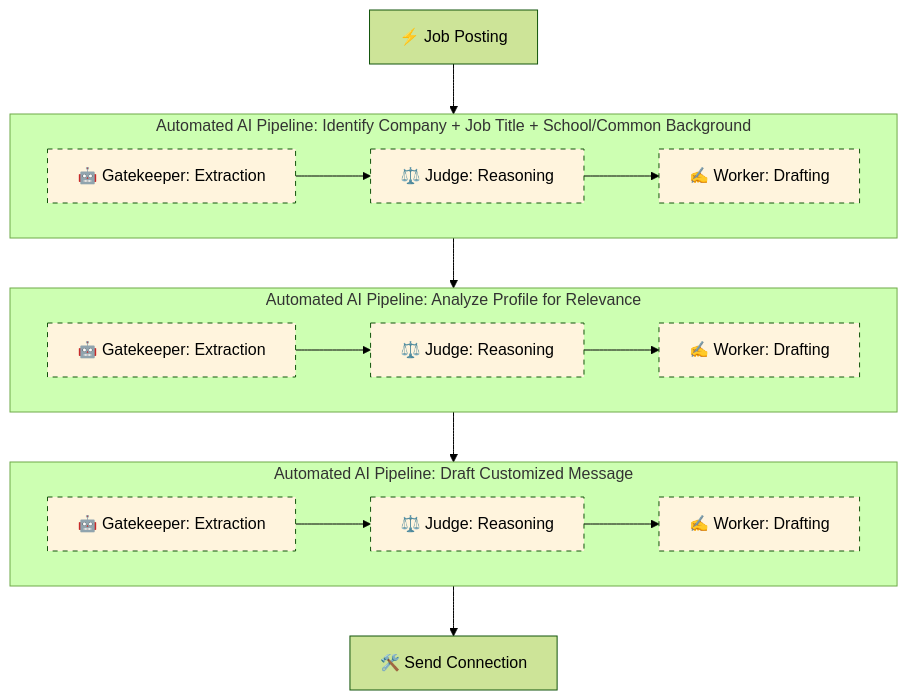
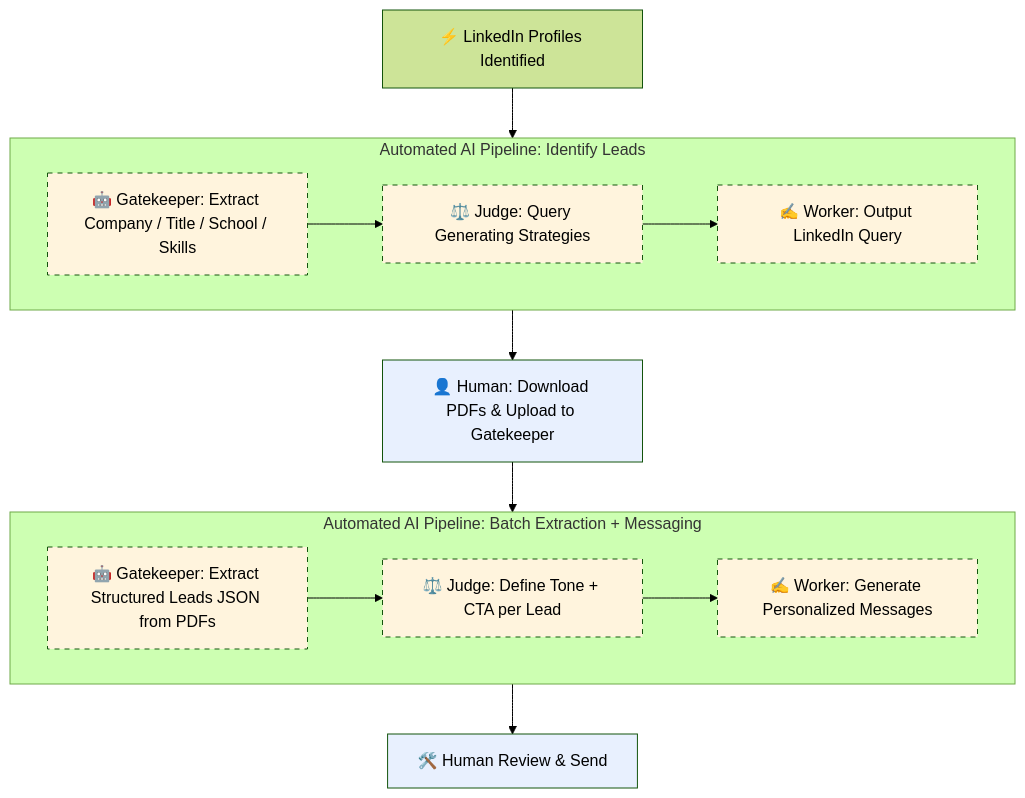
One commit to msacouto-ffld/data6900-group-project changed the second of 3 diagrams in milestone-3/milestone-3-final.md. Above: the diagram before and after it, drawn with Mermaid (forest theme). The commit also changed other lines of this file, not shown here.

````diff
--- a/milestone-3/milestone-3-final.md
+++ b/milestone-3/milestone-3-final.md
@@ -86,33 +88,35 @@
 ```mermaid
 flowchart TD
-    A[⚡ Job Posting] --> B_subgraph[Automated AI Pipeline: Identify Company + Job Title + School/Common Background]
-    B_subgraph --> C_subgraph[Automated AI Pipeline: Analyze Profile for Relevance]
-    C_subgraph --> D_subgraph[Automated AI Pipeline: Draft Customized Message]
-    D_subgraph --> F[🛠️ Send Connection]
 
-    %% Automated AI Pipelines
-    subgraph B_subgraph["Automated AI Pipeline: Identify Company + Job Title + School/Common Background"]
-        B1[🤖 Gatekeeper: Extraction] --> B2[⚖️ Judge: Reasoning] --> B3[✍️ Worker: Drafting]
+    A[⚡ LinkedIn Profiles Identified] --> B_subgraph
+    B_subgraph --> H[👤 Human: Download PDFs & Upload to Gatekeeper]
+    H --> D_subgraph
+    D_subgraph --> F[🛠️ Human Review & Send]
+
+    %% Automated AI Pipeline 1
+    subgraph B_subgraph["Automated AI Pipeline: Identify Leads"]
+        B1[🤖 Gatekeeper: Extract Company / Title / School / Skills] --> 
+        B2[⚖️ Judge: Query Generating Strategies] --> 
+        B3[✍️ Worker: Output LinkedIn Query]
     end
 
-    subgraph C_subgraph["Automated AI Pipeline: Analyze Profile for Relevance"]
-        C1[🤖 Gatekeeper: Extraction] --> C2[⚖️ Judge: Reasoning] --> C3[✍️ Worker: Drafting]
+    %% Automated AI Pipeline 2
+    subgraph D_subgraph["Automated AI Pipeline: Batch Extraction + Messaging"]
+        D1[🤖 Gatekeeper: Extract Structured Leads JSON from PDFs] --> 
+        D2[⚖️ Judge: Define Tone + CTA per Lead] --> 
+        D3[✍️ Worker: Generate Personalized Messages]
     end
 
-    subgraph D_subgraph["Automated AI Pipeline: Draft Customized Message"]
-        D1[🤖 Gatekeeper: Extraction] --> D2[⚖️ Judge: Reasoning] --> D3[✍️ Worker: Drafting]
-    end
-
-    %% Styling for each node
+    %% Styling for AI nodes
     style B1 fill:#FFF4DD,stroke-dasharray:5 5
     style B2 fill:#FFF4DD,stroke-dasharray:5 5
     style B3 fill:#FFF4DD,stroke-dasharray:5 5
 
-    style C1 fill:#FFF4DD,stroke-dasharray:5 5
-    style C2 fill:#FFF4DD,stroke-dasharray:5 5
-    style C3 fill:#FFF4DD,stroke-dasharray:5 5
-
     style D1 fill:#FFF4DD,stroke-dasharray:5 5
     style D2 fill:#FFF4DD,stroke-dasharray:5 5
     style D3 fill:#FFF4DD,stroke-dasharray:5 5
+
+    %% Styling for Human nodes
+    style H fill:#E8F0FE
+    style F fill:#E8F0FE
 ```
````
